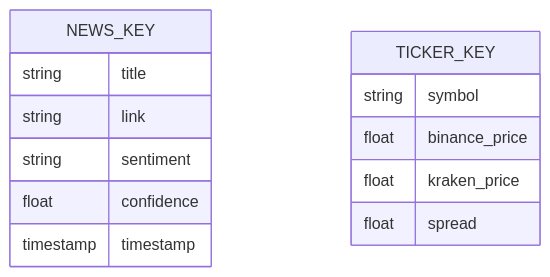
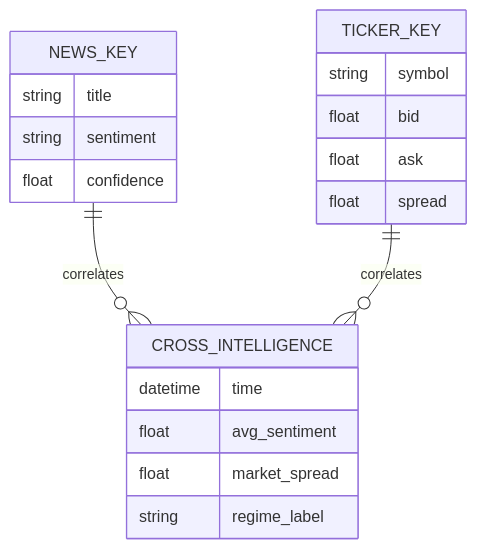
One commit to PandoraQS/News-Sentiment-Alpha changed the second of 2 diagrams in README.md. Above: the diagram before and after it, drawn with Mermaid. The commit also changed other lines of this file and 3 other files, not shown here.

````diff
--- a/README.md
+++ b/README.md
@@ -88,16 +57,23 @@
 ```mermaid
 erDiagram
+    NEWS_KEY ||--o{ CROSS_INTELLIGENCE : correlates
+    TICKER_KEY ||--o{ CROSS_INTELLIGENCE : correlates
+
     NEWS_KEY {
         string title
-        string link
         string sentiment
         float confidence
-        timestamp timestamp
     }
     TICKER_KEY {
         string symbol
-        float binance_price
-        float kraken_price
+        float bid
+        float ask
         float spread
     }
+    CROSS_INTELLIGENCE {
+        datetime time
+        float avg_sentiment
+        float market_spread
+        string regime_label
+    }
 ```
````
